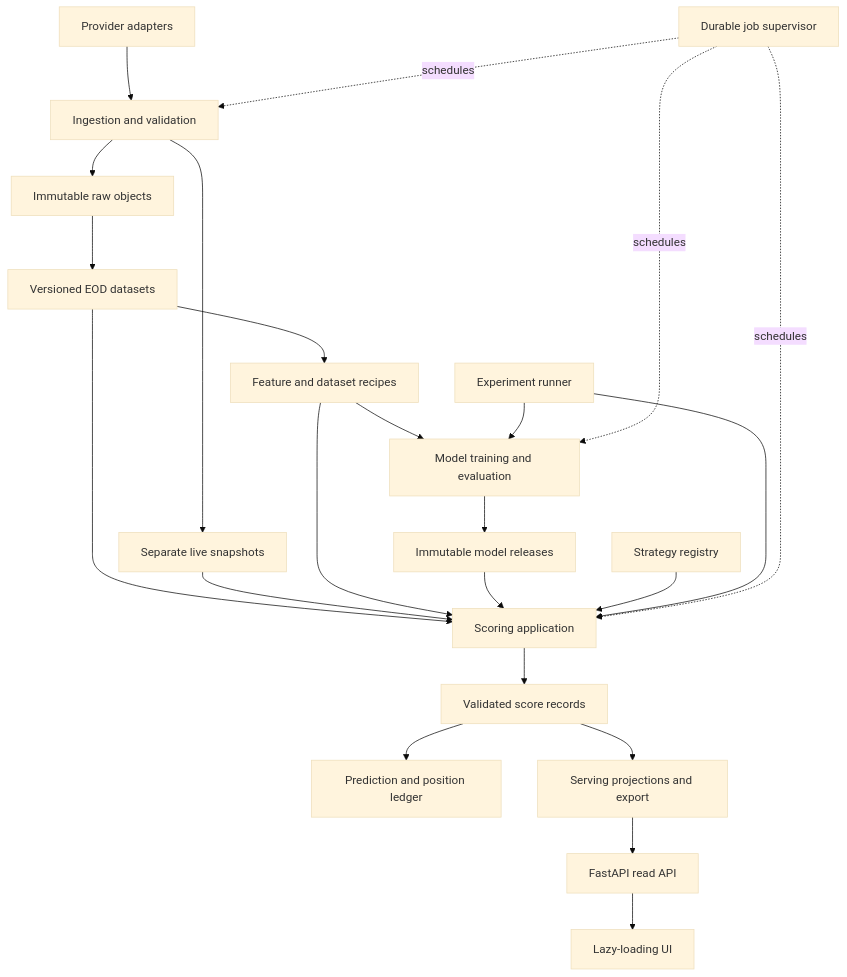
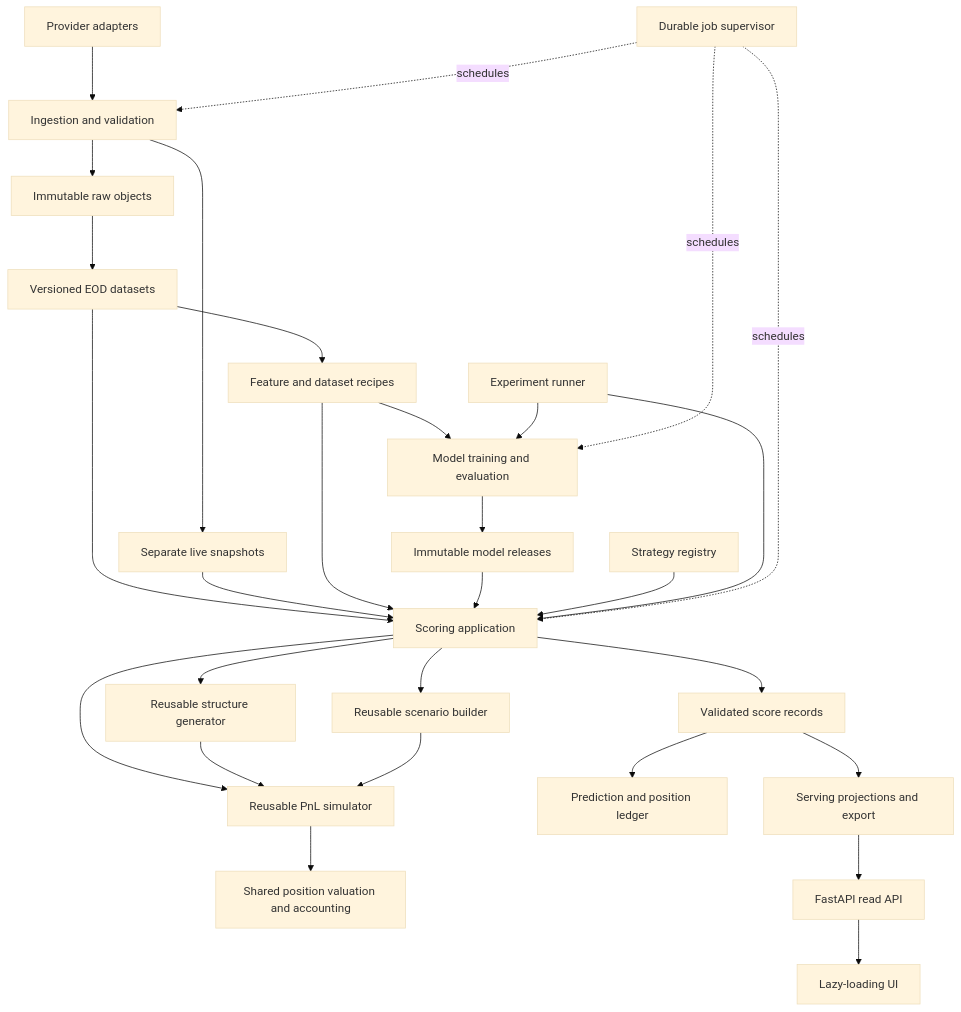
The diagram in guides/system_rearchitecture.md (yshewchuk/investment-validation), drawn with Mermaid (base theme) before and after one commit. The commit also changed other lines of this file and 4 other files, not shown here.

````diff
--- a/guides/system_rearchitecture.md
+++ b/guides/system_rearchitecture.md
@@ -154,25 +157,31 @@
 ```mermaid
 flowchart TD
     V[Provider adapters] --> I[Ingestion and validation]
     I --> R[Immutable raw objects]
     R --> D[Versioned EOD datasets]
     I --> L[Separate live snapshots]
     D --> F[Feature and dataset recipes]
     F --> T[Model training and evaluation]
     T --> M[Immutable model releases]
     D --> S[Scoring application]
     L --> S
     F --> S
     M --> S
     G[Strategy registry] --> S
+    S --> SG[Reusable structure generator]
+    S --> SB[Reusable scenario builder]
+    S --> PS[Reusable PnL simulator]
+    SG --> PS
+    SB --> PS
+    PS --> PV[Shared position valuation and accounting]
     X[Experiment runner] --> S
     X --> T
     S --> C[Validated score records]
     C --> B[Prediction and position ledger]
     C --> P[Serving projections and export]
     P --> A[FastAPI read API]
     A --> U[Lazy-loading UI]
     J[Durable job supervisor] -. schedules .-> I
     J -. schedules .-> T
     J -. schedules .-> S
 ```
````
